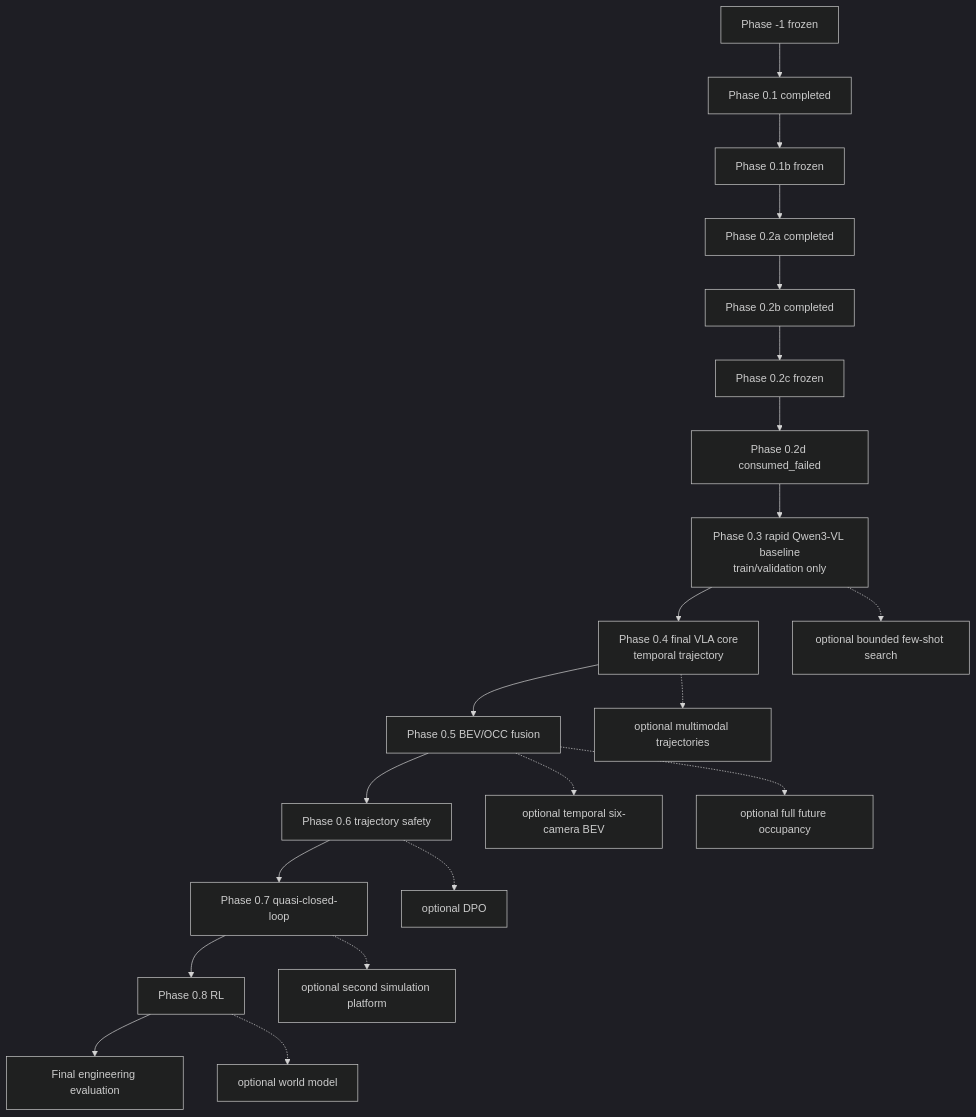
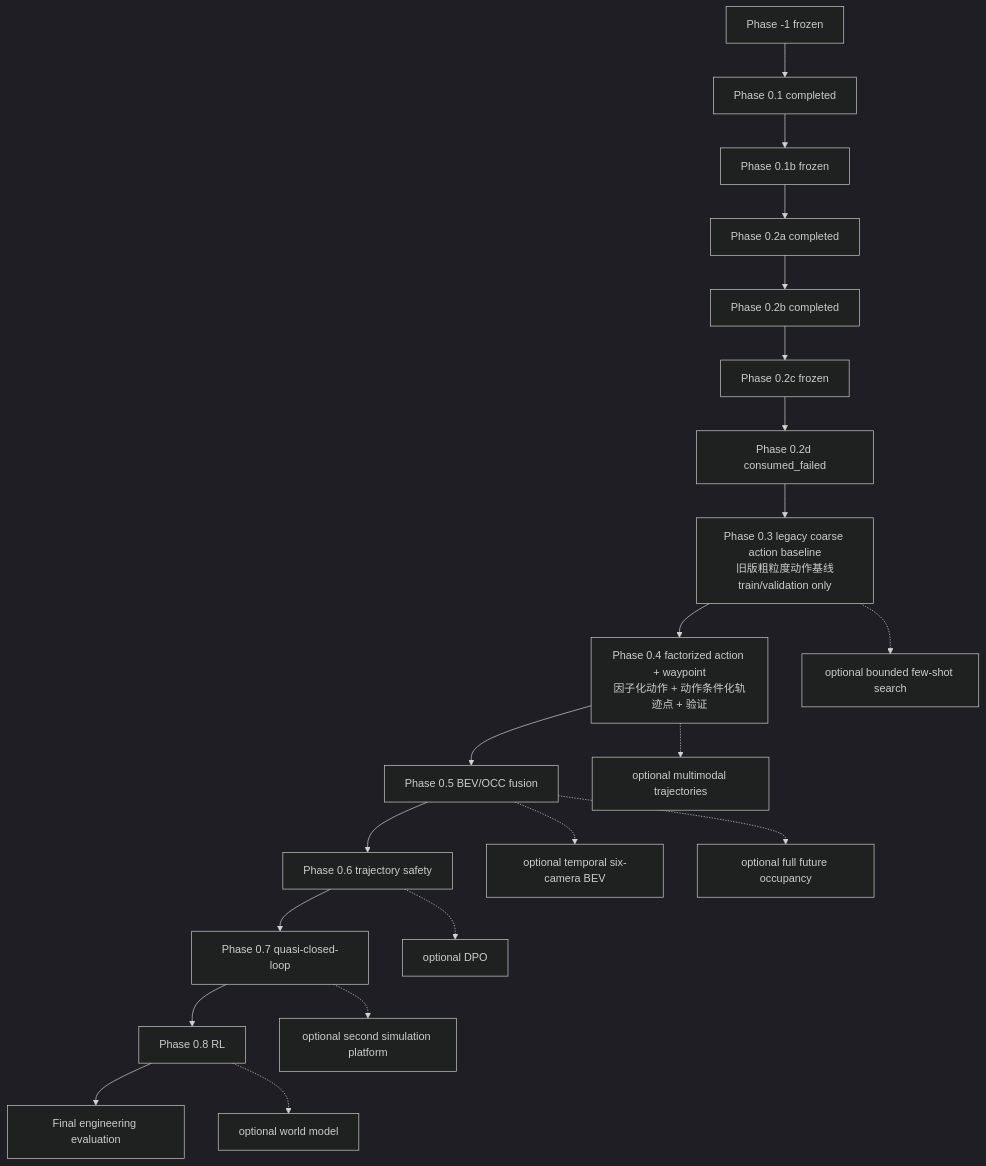
Before and after one commit to TNAG031231/4vla_learning: the second of 2 diagrams in project_mvp_plan.md, drawn with Mermaid (dark theme). The commit also changed other lines of this file, not shown here.

Commit message:
docs: align VLA phases with factorized action planning

````diff
--- a/project_mvp_plan.md
+++ b/project_mvp_plan.md
@@ -396,24 +460,24 @@
 ```mermaid
 flowchart TD
     Pm1["Phase -1 frozen"] --> P01["Phase 0.1 completed"]
     P01 --> P01b["Phase 0.1b frozen"]
     P01b --> P02a["Phase 0.2a completed"]
     P02a --> P02b["Phase 0.2b completed"]
     P02b --> P02c["Phase 0.2c frozen"]
     P02c --> P02d["Phase 0.2d consumed_failed"]
-    P02d --> P03["Phase 0.3 rapid Qwen3-VL baseline<br/>train/validation only"]
-    P03 --> P04["Phase 0.4 final VLA core<br/>temporal trajectory"]
+    P02d --> P03["Phase 0.3 legacy coarse action baseline<br/>旧版粗粒度动作基线<br/>train/validation only"]
+    P03 --> P04["Phase 0.4 factorized action + waypoint<br/>因子化动作 + 动作条件化轨迹点 + 验证"]
     P04 --> P05["Phase 0.5 BEV/OCC fusion"]
     P05 --> P06["Phase 0.6 trajectory safety"]
     P06 --> P07["Phase 0.7 quasi-closed-loop"]
     P07 --> P08["Phase 0.8 RL"]
     P08 --> PF["Final engineering evaluation"]
 
     P03 -.-> OPrompt["optional bounded few-shot search"]
     P04 -.-> OMulti["optional multimodal trajectories"]
     P05 -.-> OTemporalBEV["optional temporal six-camera BEV"]
     P05 -.-> OFutureOcc["optional full future occupancy"]
     P06 -.-> ODPO["optional DPO"]
     P07 -.-> OPlatform["optional second simulation platform"]
     P08 -.-> OWorld["optional world model"]
 ```
````
